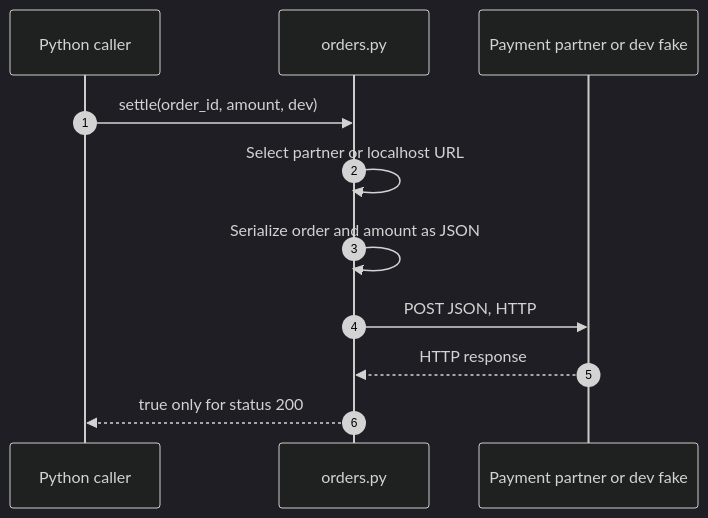
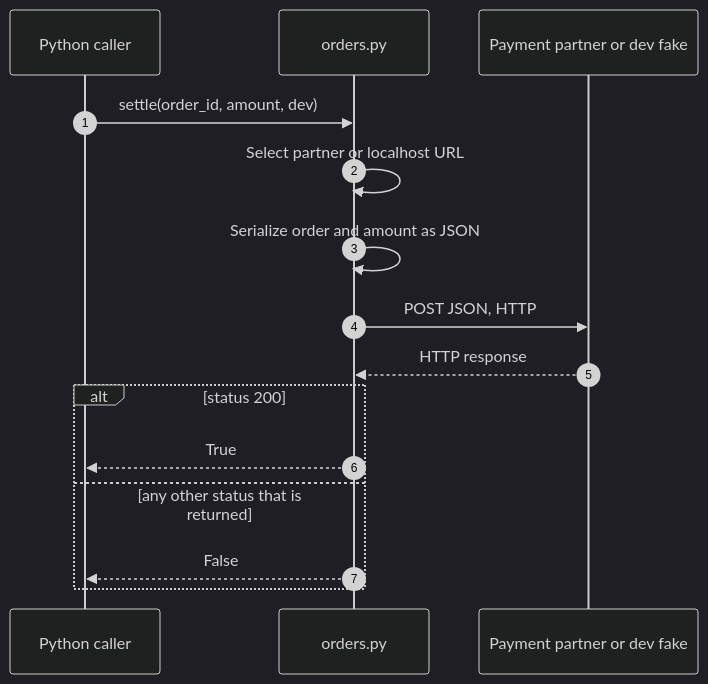
One commit to vishalc412/bible-mode-b-test changed the eighth of 10 diagrams in codebase-analysis/hld/05-key-flows.md. Above: the diagram before and after it, drawn with Mermaid (dark theme). The commit also changed other lines of this file and 38 other files, not shown here.

````diff
--- a/codebase-analysis/hld/05-key-flows.md
+++ b/codebase-analysis/hld/05-key-flows.md
@@ -300,13 +356,17 @@
 ```mermaid
 sequenceDiagram
   autonumber
   participant Caller as Python caller
   participant Orders as orders.py
   participant Partner as Payment partner or dev fake
   Caller->>Orders: settle(order_id, amount, dev)
   Orders->>Orders: Select partner or localhost URL
   Orders->>Orders: Serialize order and amount as JSON
   Orders->>Partner: POST JSON, HTTP
   Partner-->>Orders: HTTP response
-  Orders-->>Caller: true only for status 200
+  alt status 200
+    Orders-->>Caller: True
+  else any other status that is returned
+    Orders-->>Caller: False
+  end
 ```
````
